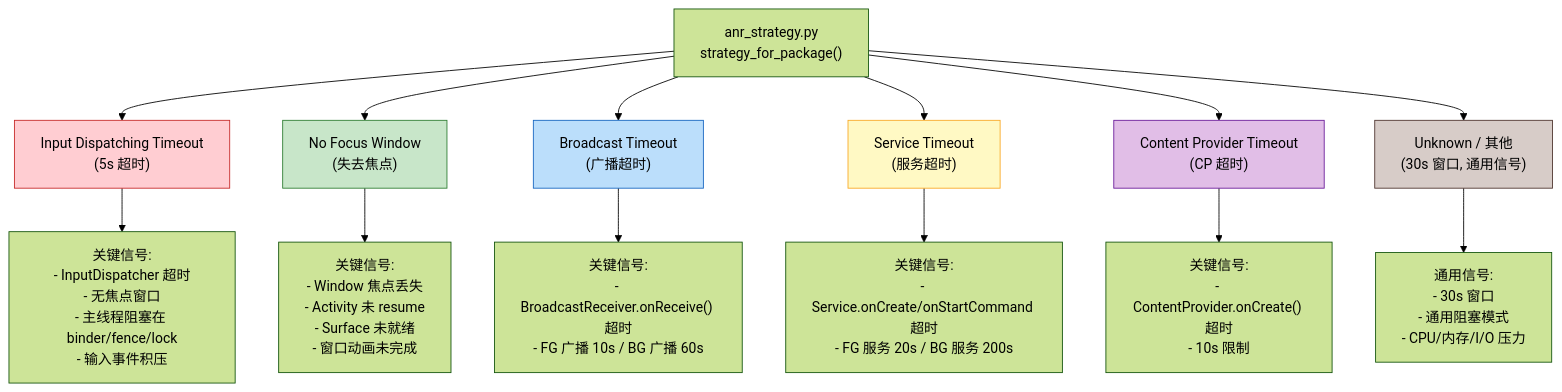
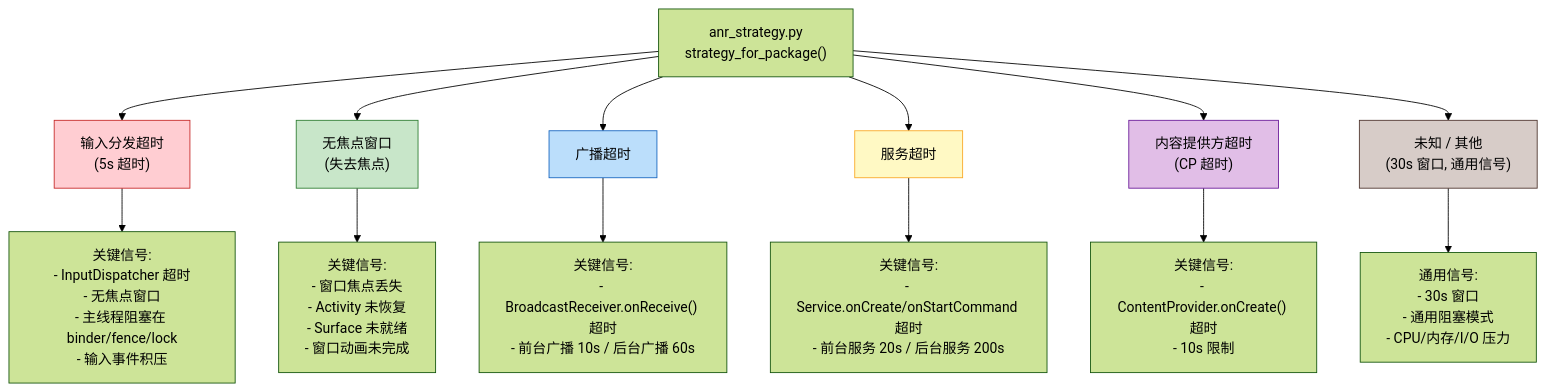
The seventh of 8 diagrams in docs/agent-anr-flowchart.md (yuchuangu85/llm-anr), drawn with Mermaid (forest theme) before and after one commit. The commit also changed other lines of this file and 40 other files, not shown here.

````diff
--- a/docs/agent-anr-flowchart.md
+++ b/docs/agent-anr-flowchart.md
@@ -352,25 +352,25 @@
 ```mermaid
 flowchart TD
     ANR_TYPE["anr_strategy.py\nstrategy_for_package()"]
 
-    ANR_TYPE --> INPUT_DISP["Input Dispatching Timeout\n(5s 超时)"]
-    ANR_TYPE --> NO_FOCUS["No Focus Window\n(失去焦点)"]
-    ANR_TYPE --> BROADCAST["Broadcast Timeout\n(广播超时)"]
-    ANR_TYPE --> SERVICE["Service Timeout\n(服务超时)"]
-    ANR_TYPE --> PROVIDER["Content Provider Timeout\n(CP 超时)"]
-    ANR_TYPE --> UNKNOWN["Unknown / 其他\n(30s 窗口, 通用信号)"]
+    ANR_TYPE --> INPUT_DISP["输入分发超时\n(5s 超时)"]
+    ANR_TYPE --> NO_FOCUS["无焦点窗口\n(失去焦点)"]
+    ANR_TYPE --> BROADCAST["广播超时"]
+    ANR_TYPE --> SERVICE["服务超时"]
+    ANR_TYPE --> PROVIDER["内容提供方超时\n(CP 超时)"]
+    ANR_TYPE --> UNKNOWN["未知 / 其他\n(30s 窗口, 通用信号)"]
 
     INPUT_DISP --> SIG1["关键信号:\n- InputDispatcher 超时\n- 无焦点窗口\n- 主线程阻塞在 binder/fence/lock\n- 输入事件积压"]
-    NO_FOCUS --> SIG2["关键信号:\n- Window 焦点丢失\n- Activity 未 resume\n- Surface 未就绪\n- 窗口动画未完成"]
-    BROADCAST --> SIG3["关键信号:\n- BroadcastReceiver.onReceive() 超时\n- FG 广播 10s / BG 广播 60s"]
-    SERVICE --> SIG4["关键信号:\n- Service.onCreate/onStartCommand 超时\n- FG 服务 20s / BG 服务 200s"]
+    NO_FOCUS --> SIG2["关键信号:\n- 窗口焦点丢失\n- Activity 未恢复\n- Surface 未就绪\n- 窗口动画未完成"]
+    BROADCAST --> SIG3["关键信号:\n- BroadcastReceiver.onReceive() 超时\n- 前台广播 10s / 后台广播 60s"]
+    SERVICE --> SIG4["关键信号:\n- Service.onCreate/onStartCommand 超时\n- 前台服务 20s / 后台服务 200s"]
     PROVIDER --> SIG5["关键信号:\n- ContentProvider.onCreate() 超时\n- 10s 限制"]
     UNKNOWN --> SIG6["通用信号:\n- 30s 窗口\n- 通用阻塞模式\n- CPU/内存/I/O 压力"]
 
     style INPUT_DISP fill:#ffcdd2,stroke:#c62828
     style NO_FOCUS fill:#c8e6c9,stroke:#2e7d32
     style BROADCAST fill:#bbdefb,stroke:#1565c0
     style SERVICE fill:#fff9c4,stroke:#f9a825
     style PROVIDER fill:#e1bee7,stroke:#6a1b9a
     style UNKNOWN fill:#d7ccc8,stroke:#4e342e
 ```
````
